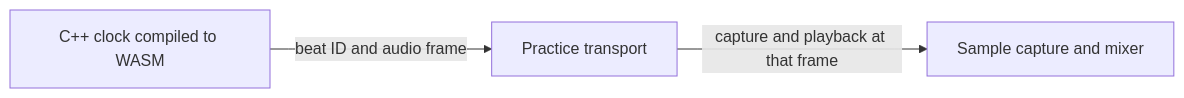
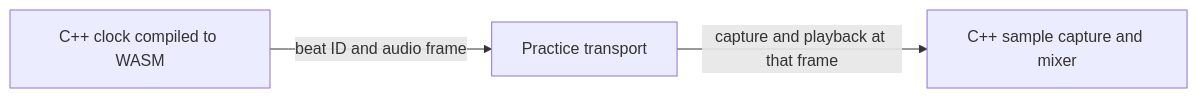
The second of 3 diagrams in docs/architecture.md (anulman/show-tools), drawn with Mermaid before and after one commit. The commit also changed other lines of this file and 33 other files, not shown here.

Commit message:
Move sample capture and playback into shared C++ WASM engine

````diff
--- a/docs/architecture.md
+++ b/docs/architecture.md
@@ -22,5 +22,5 @@
 ```mermaid
 flowchart LR
 	clock["C++ clock compiled to WASM"] -->|"beat ID and audio frame"| transport["Practice transport"]
-	transport -->|"capture and playback at that frame"| samples["Sample capture and mixer"]
+	transport -->|"capture and playback at that frame"| samples["C++ sample capture and mixer"]
 ```
````
